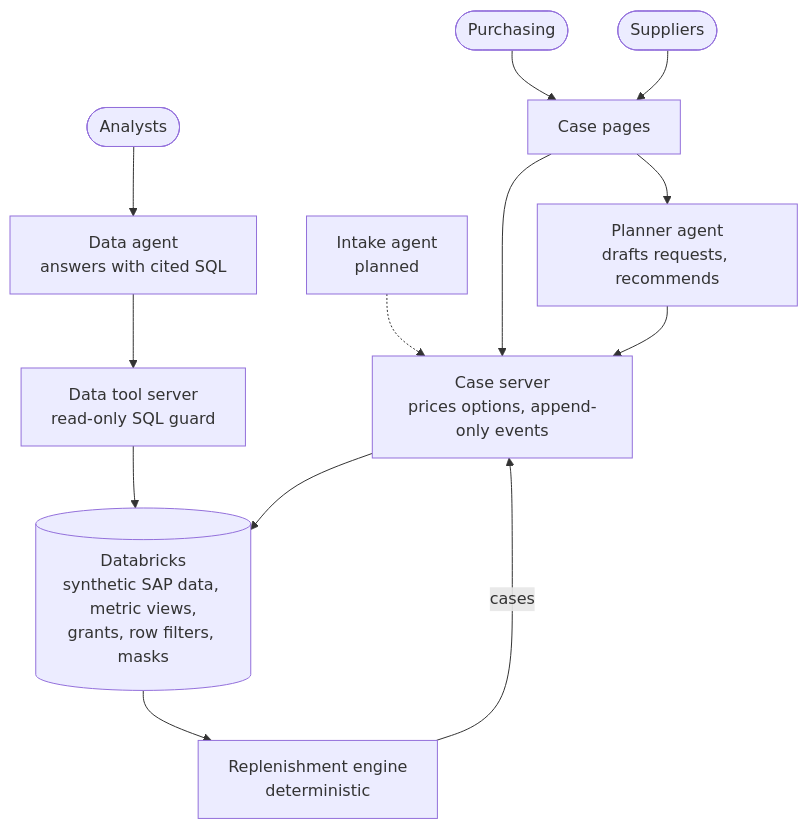
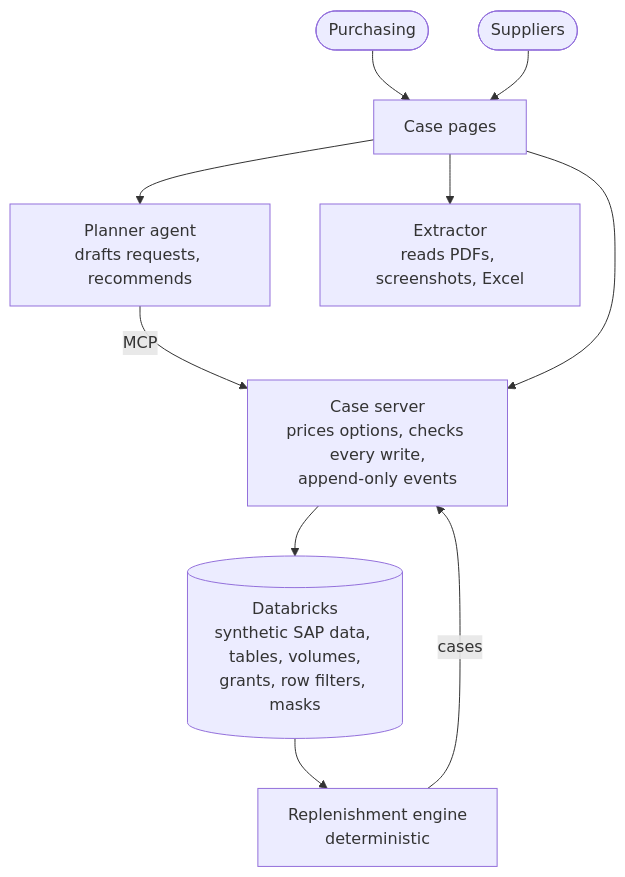
One commit to ZixuanXu0116/southnorth-supply-planning-agent changed the diagram in README.md. Above: the diagram before and after it, drawn with Mermaid. The commit also changed other lines of this file and 141 other files, not shown here.

````diff
--- a/README.md
+++ b/README.md
@@ -13,27 +13,21 @@
 ```mermaid
 flowchart TB
   purchasing(["Purchasing"])
   suppliers(["Suppliers"])
-  analysts(["Analysts"])
   pages["Case pages"]
   planner["Planner agent<br/>drafts requests, recommends"]
-  intake["Intake agent<br/>planned"]
-  caseserver["Case server<br/>prices options, append-only events"]
+  extractor["Extractor<br/>reads PDFs, screenshots, Excel"]
+  caseserver["Case server<br/>prices options, checks every write,<br/>append-only events"]
   engine["Replenishment engine<br/>deterministic"]
-  dataagent["Data agent<br/>answers with cited SQL"]
-  toolserver["Data tool server<br/>read-only SQL guard"]
-  lake[("Databricks<br/>synthetic SAP data, metric views,<br/>grants, row filters, masks")]
+  lake[("Databricks<br/>synthetic SAP data, tables, volumes,<br/>grants, row filters, masks")]
 
   purchasing --> pages
   suppliers --> pages
+  pages --> planner
+  pages --> extractor
+  planner -- "MCP" --> caseserver
   pages --> caseserver
-  pages --> planner
-  planner --> caseserver
-  intake -.-> caseserver
   lake --> engine
   engine -- "cases" --> caseserver
   caseserver --> lake
-  analysts --> dataagent
-  dataagent --> toolserver
-  toolserver --> lake
 ```
````
